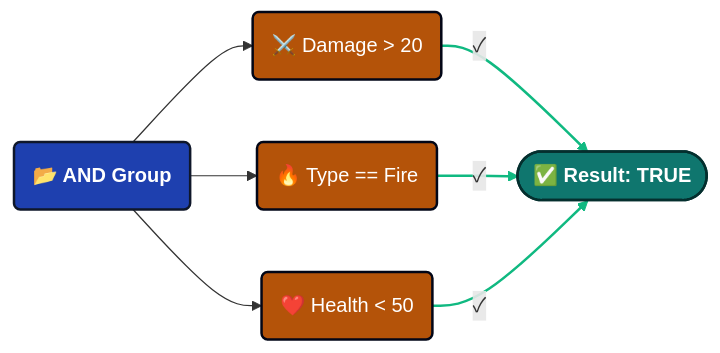
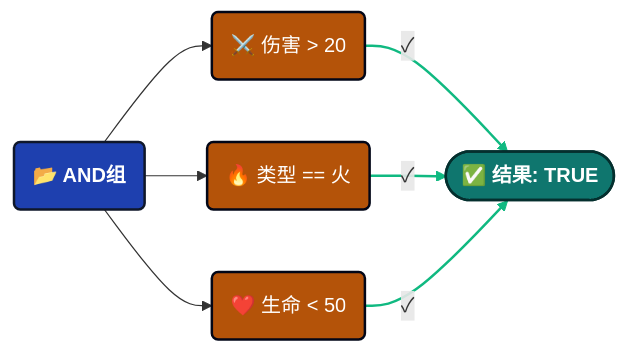
Before and after one commit to tinygiants-tech/TinyGiants: the first of 5 diagrams in i18n/zh/docusaurus-plugin-content-docs/current/game-event-system/visual-workflow/visual-condition-tree.md, drawn with Mermaid. The commit also changed other lines of this file and 7 other files, not shown here.

````diff
--- a/i18n/zh/docusaurus-plugin-content-docs/current/game-event-system/visual-workflow/visual-condition-tree.md
+++ b/i18n/zh/docusaurus-plugin-content-docs/current/game-event-system/visual-workflow/visual-condition-tree.md
@@ -110,19 +107,19 @@
 ```mermaid
 graph LR
   
     classDef group fill:#1e40af,stroke:#0f172a,stroke-width:2px,color:#ffffff,font-weight:bold
     classDef cond fill:#b45309,stroke:#020617,stroke-width:2px,color:#ffffff
     classDef success fill:#0f766e,stroke:#042f2e,stroke-width:2px,color:#ffffff,font-weight:bold
 
-    A(📂 AND Group):::group
+    A(📂 AND组):::group
     
-    A --> C1(⚔️ Damage > 20):::cond
-    A --> C2(🔥 Type == Fire):::cond
-    A --> C3(❤️ Health < 50):::cond
+    A --> C1(⚔️ 伤害 > 20):::cond
+    A --> C2(🔥 类型 == 火):::cond
+    A --> C3(❤️ 生命 < 50):::cond
 
-    C1 -- "✓" --> R([✅ Result: TRUE]):::success
+    C1 -- "✓" --> R([✅ 结果: TRUE]):::success
     C2 -- "✓" --> R
     C3 -- "✓" --> R
 
     linkStyle 3,4,5 stroke:#10b981,stroke-width:2px
 ```
````
